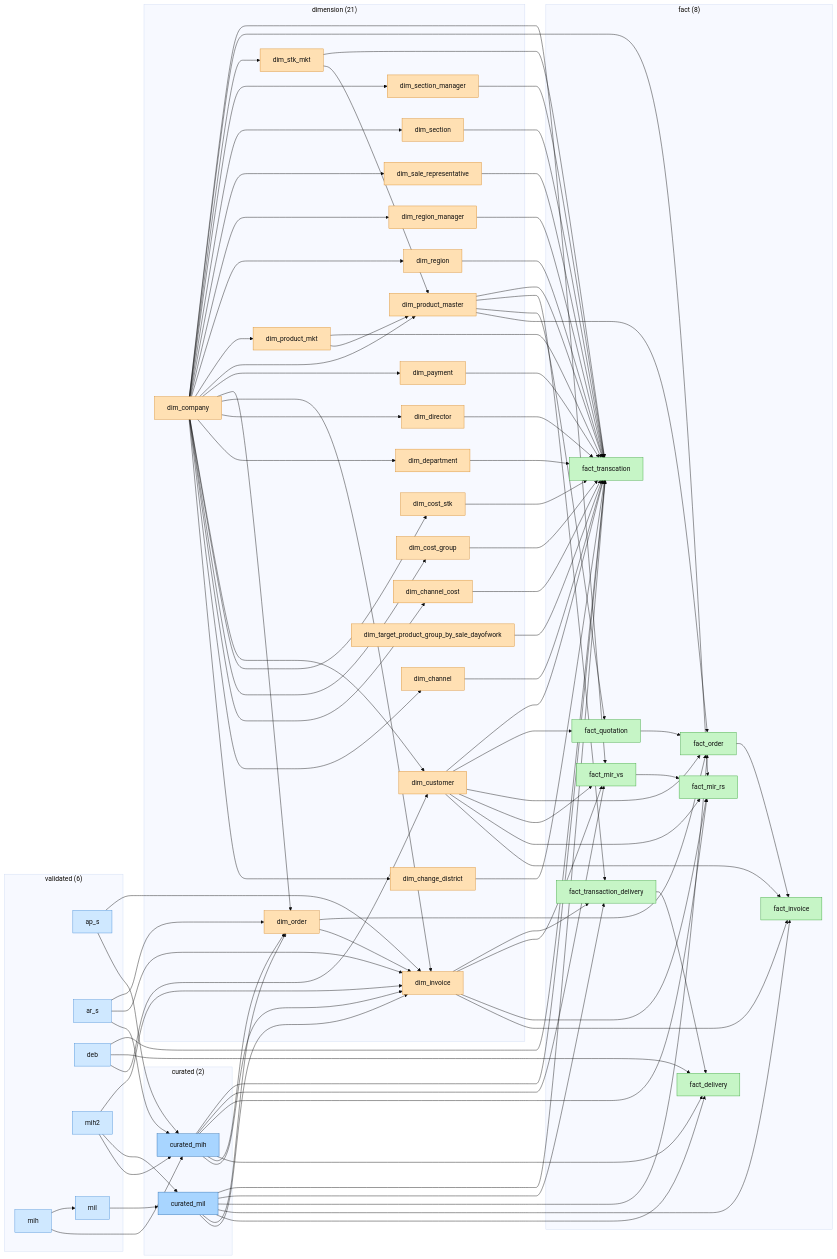
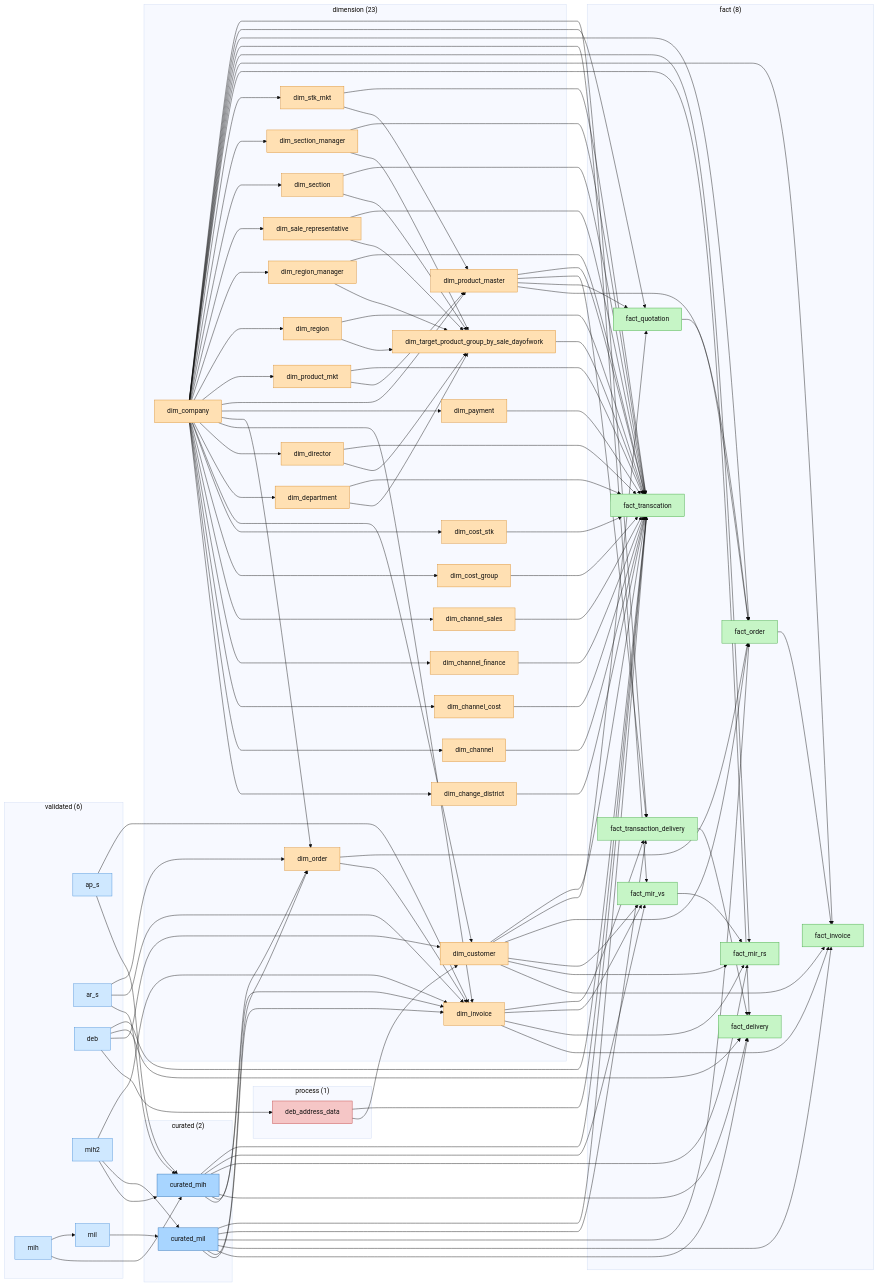
The sixth of 12 diagrams in document/diagrams/topic_flows.md (warayut-ALL-IN-AI/data-buffet), drawn with Mermaid (base theme) before and after one commit. The commit also changed other lines of this file and 2 other files, not shown here.

First line of the commit message:
view_dim_aging_history: derive AgingSK/BillingSK instead of trusting the snapshot

````diff
--- a/document/diagrams/topic_flows.md
+++ b/document/diagrams/topic_flows.md
@@ -508,10 +594,12 @@
     curated_mih["curated_mih"]
     curated_mil["curated_mil"]
   end
-  subgraph dimension["dimension (21)"]
+  subgraph dimension["dimension (23)"]
     dim_change_district["dim_change_district"]
     dim_channel["dim_channel"]
     dim_channel_cost["dim_channel_cost"]
+    dim_channel_finance["dim_channel_finance"]
+    dim_channel_sales["dim_channel_sales"]
     dim_company["dim_company"]
     dim_cost_group["dim_cost_group"]
     dim_cost_stk["dim_cost_stk"]
@@ -541,6 +629,9 @@
     fact_transaction_delivery["fact_transaction_delivery"]
     fact_transcation["fact_transcation"]
   end
+  subgraph process["process (1)"]
+    deb_address_data["deb_address_data"]
+  end
   ap_s --> curated_mih
   ap_s --> dim_invoice
   ar_s --> curated_mih
@@ -559,15 +650,22 @@
   curated_mil --> fact_order
   curated_mil --> fact_transaction_delivery
   curated_mil --> fact_transcation
+  deb --> deb_address_data
   deb --> dim_customer
   deb --> fact_delivery
   deb --> fact_transcation
+  deb_address_data --> dim_customer
+  deb_address_data --> fact_transcation
   dim_change_district --> fact_transcation
   dim_channel --> fact_transcation
   dim_channel_cost --> fact_transcation
+  dim_channel_finance --> fact_transcation
+  dim_channel_sales --> fact_transcation
   dim_company --> dim_change_district
   dim_company --> dim_channel
   dim_company --> dim_channel_cost
+  dim_company --> dim_channel_finance
+  dim_company --> dim_channel_sales
   dim_company --> dim_cost_group
   dim_company --> dim_cost_stk
   dim_company --> dim_customer
@@ -584,8 +682,13 @@
   dim_company --> dim_section
   dim_company --> dim_section_manager
   dim_company --> dim_stk_mkt
+  dim_company --> fact_delivery
+  dim_company --> fact_invoice
   dim_company --> fact_mir_rs
   dim_company --> fact_mir_vs
+  dim_company --> fact_order
+  dim_company --> fact_quotation
+  dim_company --> fact_transaction_delivery
   dim_cost_group --> fact_transcation
   dim_cost_stk --> fact_transcation
   dim_customer --> fact_invoice
@@ -594,7 +697,9 @@
   dim_customer --> fact_order
   dim_customer --> fact_quotation
   dim_customer --> fact_transcation
+  dim_department --> dim_target_product_group_by_sale_dayofwork
   dim_department --> fact_transcation
+  dim_director --> dim_target_product_group_by_sale_dayofwork
   dim_director --> fact_transcation
   dim_invoice --> fact_invoice
   dim_invoice --> fact_mir_rs
@@ -609,10 +714,15 @@
   dim_product_master --> fact_transcation
   dim_product_mkt --> dim_product_master
   dim_product_mkt --> fact_transcation
+  dim_region --> dim_target_product_group_by_sale_dayofwork
   dim_region --> fact_transcation
+  dim_region_manager --> dim_target_product_group_by_sale_dayofwork
   dim_region_manager --> fact_transcation
+  dim_sale_representative --> dim_target_product_group_by_sale_dayofwork
   dim_sale_representative --> fact_transcation
+  dim_section --> dim_target_product_group_by_sale_dayofwork
   dim_section --> fact_transcation
+  dim_section_manager --> dim_target_product_group_by_sale_dayofwork
   dim_section_manager --> fact_transcation
   dim_stk_mkt --> dim_product_master
   dim_stk_mkt --> fact_transcation
@@ -631,9 +741,11 @@
   classDef curated fill:#a8d5ff,stroke:#2f6fb0,color:#111;
   classDef dimension fill:#ffe0b3,stroke:#d98f2f,color:#111;
   classDef fact fill:#c6f5c6,stroke:#3fa63f,color:#111;
+  classDef process fill:#f5c6c6,stroke:#c04040,color:#111;
   classDef paused fill:#f5f5f5,stroke:#bbb,color:#999,stroke-dasharray:4 3;
   class ap_s,ar_s,deb,mih,mih2,mil validated;
   class curated_mih,curated_mil curated;
-  class dim_change_district,dim_channel,dim_channel_cost,dim_company,dim_cost_group,dim_cost_stk,dim_customer,dim_department,dim_director,dim_invoice,dim_order,dim_payment,dim_product_master,dim_product_mkt,dim_region,dim_region_manager,dim_sale_representative,dim_section,dim_section_manager,dim_stk_mkt,dim_target_product_group_by_sale_dayofwork dimension;
+  class dim_change_district,dim_channel,dim_channel_cost,dim_channel_finance,dim_channel_sales,dim_company,dim_cost_group,dim_cost_stk,dim_customer,dim_department,dim_director,dim_invoice,dim_order,dim_payment,dim_product_master,dim_product_mkt,dim_region,dim_region_manager,dim_sale_representative,dim_section,dim_section_manager,dim_stk_mkt,dim_target_product_group_by_sale_dayofwork dimension;
   class fact_delivery,fact_invoice,fact_mir_rs,fact_mir_vs,fact_order,fact_quotation,fact_transaction_delivery,fact_transcation fact;
+  class deb_address_data process;
 ```
````
